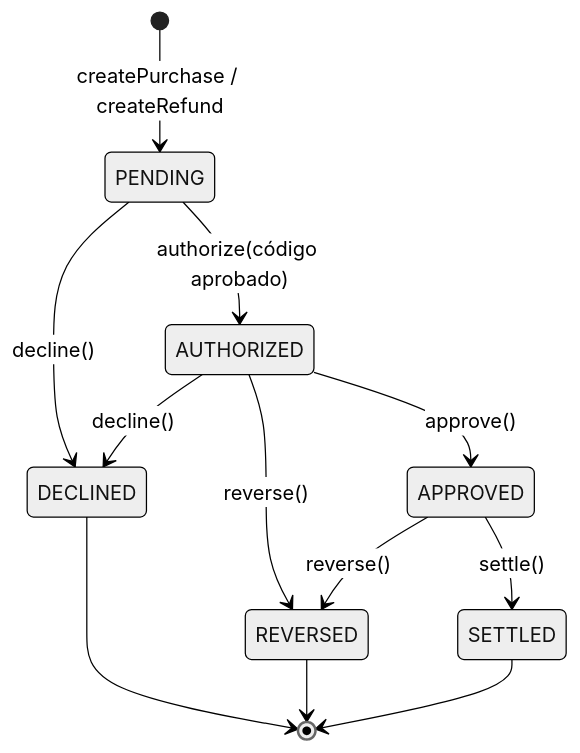
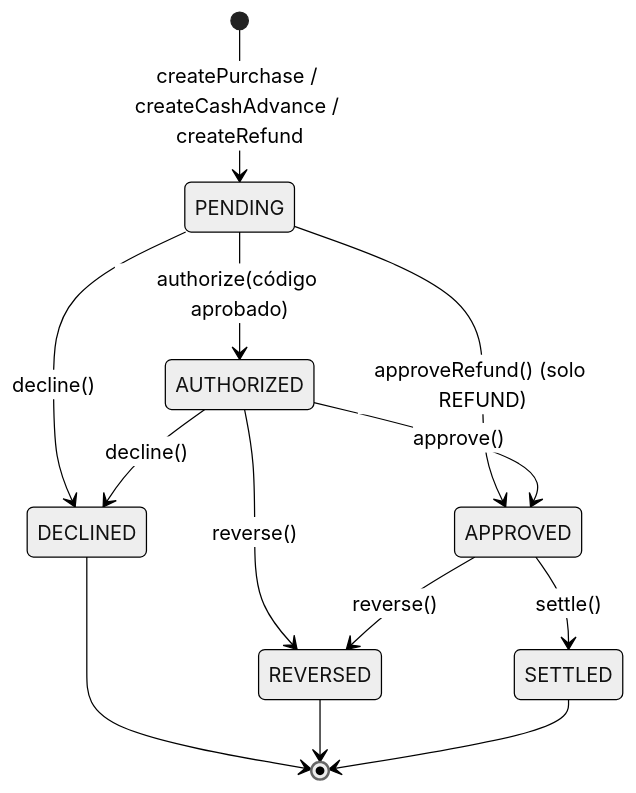
The second of 3 diagrams in docs/technical/PAYMENT.md (creditcard-managment/card-managment-service), drawn with Mermaid (neutral theme) before and after one commit. The commit also changed other lines of this file and 31 other files, not shown here.

````diff
--- a/docs/technical/PAYMENT.md
+++ b/docs/technical/PAYMENT.md
@@ -118,14 +117,15 @@
 ```mermaid
 stateDiagram-v2
-    [*] --> PENDING: createPurchase / createRefund
+    [*] --> PENDING: createPurchase / createCashAdvance / createRefund
     PENDING --> AUTHORIZED: authorize(código aprobado)
+    PENDING --> APPROVED: approveRefund() (solo REFUND)
     PENDING --> DECLINED: decline()
     AUTHORIZED --> APPROVED: approve()
     AUTHORIZED --> DECLINED: decline()
     AUTHORIZED --> REVERSED: reverse()
     APPROVED --> REVERSED: reverse()
     APPROVED --> SETTLED: settle()
     DECLINED --> [*]
     REVERSED --> [*]
     SETTLED --> [*]
 ```
````
